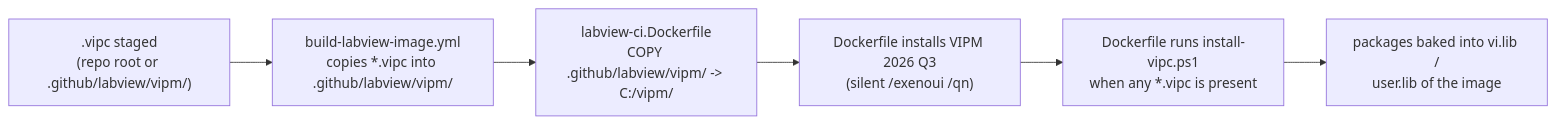
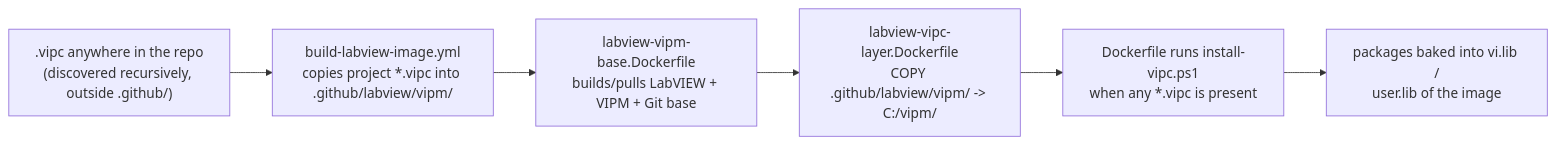
The diagram in .github/labview/vipm/README.md (elijah286/challenge-of-champions), drawn with Mermaid before and after one commit. The commit also changed other lines of this file and 31 other files, not shown here.

Commit message:
ci: adopt LabVIEW CI tooling v3.35.3 (full update)

````diff
--- a/.github/labview/vipm/README.md
+++ b/.github/labview/vipm/README.md
@@ -30,8 +30,8 @@
 ```mermaid
 flowchart LR
-  A[".vipc staged<br/>(repo root or .github/labview/vipm/)"] --> B["build-labview-image.yml<br/>copies *.vipc into .github/labview/vipm/"]
-  B --> C["labview-ci.Dockerfile<br/>COPY .github/labview/vipm/ -> C:/vipm/"]
-  C --> D["Dockerfile installs VIPM 2026 Q3<br/>(silent /exenoui /qn)"]
+  A[".vipc anywhere in the repo<br/>(discovered recursively, outside .github/)"] --> B["build-labview-image.yml<br/>copies project *.vipc into .github/labview/vipm/"]
+  B --> C["labview-vipm-base.Dockerfile<br/>builds/pulls LabVIEW + VIPM + Git base"]
+  C --> D["labview-vipc-layer.Dockerfile<br/>COPY .github/labview/vipm/ -> C:/vipm/"]
   D --> E["Dockerfile runs install-vipc.ps1<br/>when any *.vipc is present"]
   E --> F["packages baked into vi.lib /<br/>user.lib of the image"]
 ```
````
